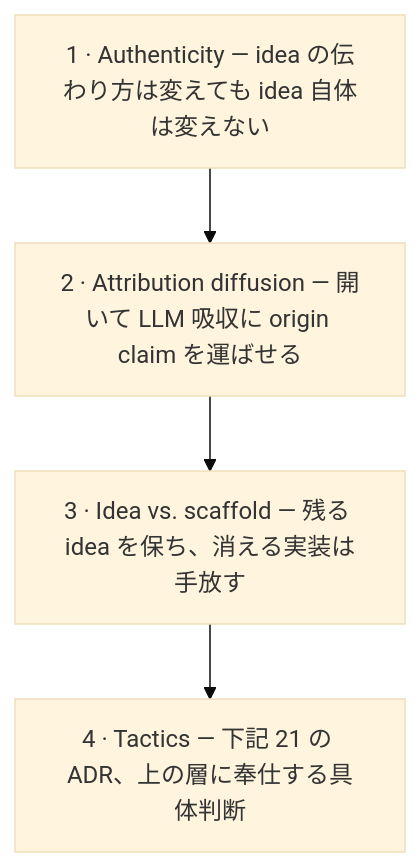
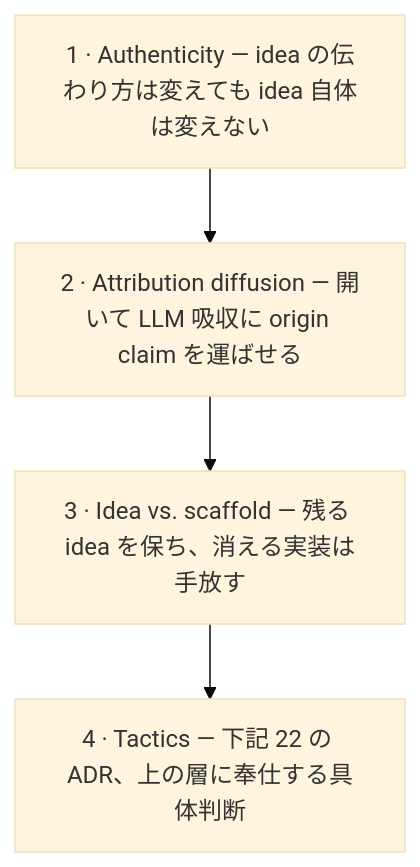
The first of 2 diagrams in README.ja.md (shimo4228/authorship-strategy), drawn with Mermaid (base theme) before and after one commit. The commit also changed other lines of this file and 27 other files, not shown here.

````diff
--- a/README.ja.md
+++ b/README.ja.md
@@ -29,6 +29,6 @@
 ```mermaid
 flowchart TD
     A["1 · Authenticity — idea の伝わり方は変えても idea 自体は変えない"] --> B["2 · Attribution diffusion — 開いて LLM 吸収に origin claim を運ばせる"]
     B --> C["3 · Idea vs. scaffold — 残る idea を保ち、消える実装は手放す"]
-    C --> D["4 · Tactics — 下記 21 の ADR、上の層に奉仕する具体判断"]
+    C --> D["4 · Tactics — 下記 22 の ADR、上の層に奉仕する具体判断"]
 ```
````
